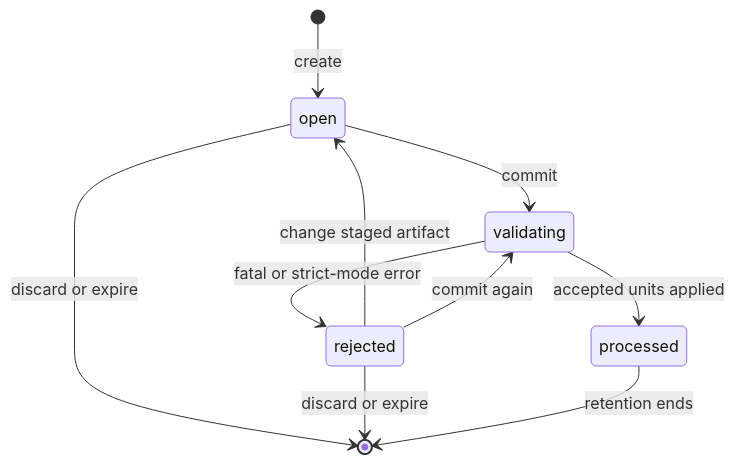
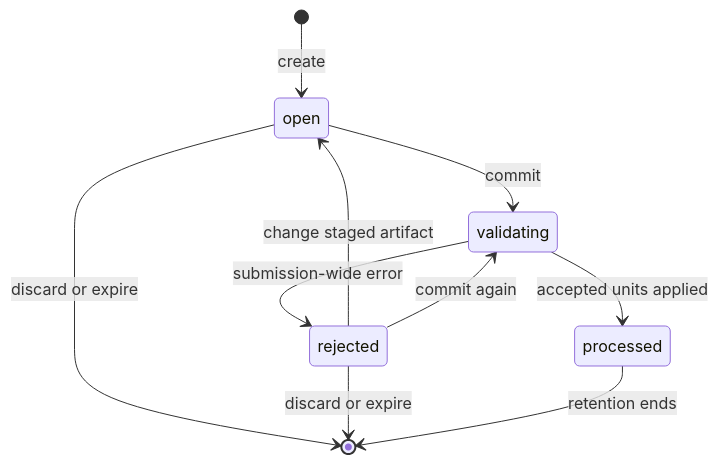
The diagram in docs/spec-v1/index.md (open-resource-discovery/specification), drawn with Mermaid before and after one commit. The commit also changed other lines of this file and 3 other files, not shown here.

````diff
--- a/docs/spec-v1/index.md
+++ b/docs/spec-v1/index.md
@@ -314,12 +321,12 @@
 ```mermaid
 stateDiagram-v2
     [*] --> open: create
     open --> validating: commit
     validating --> processed: accepted units applied
-    validating --> rejected: fatal or strict-mode error
+    validating --> rejected: submission-wide error
     rejected --> open: change staged artifact
     rejected --> validating: commit again
     open --> [*]: discard or expire
     rejected --> [*]: discard or expire
     processed --> [*]: retention ends
 ```
````
